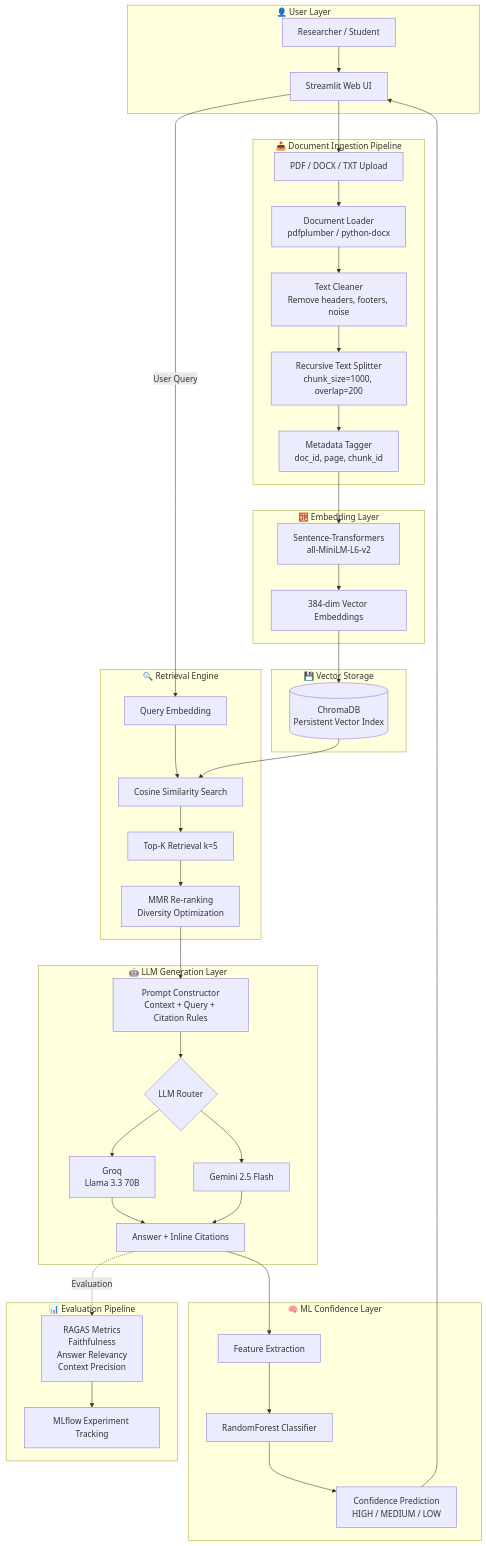
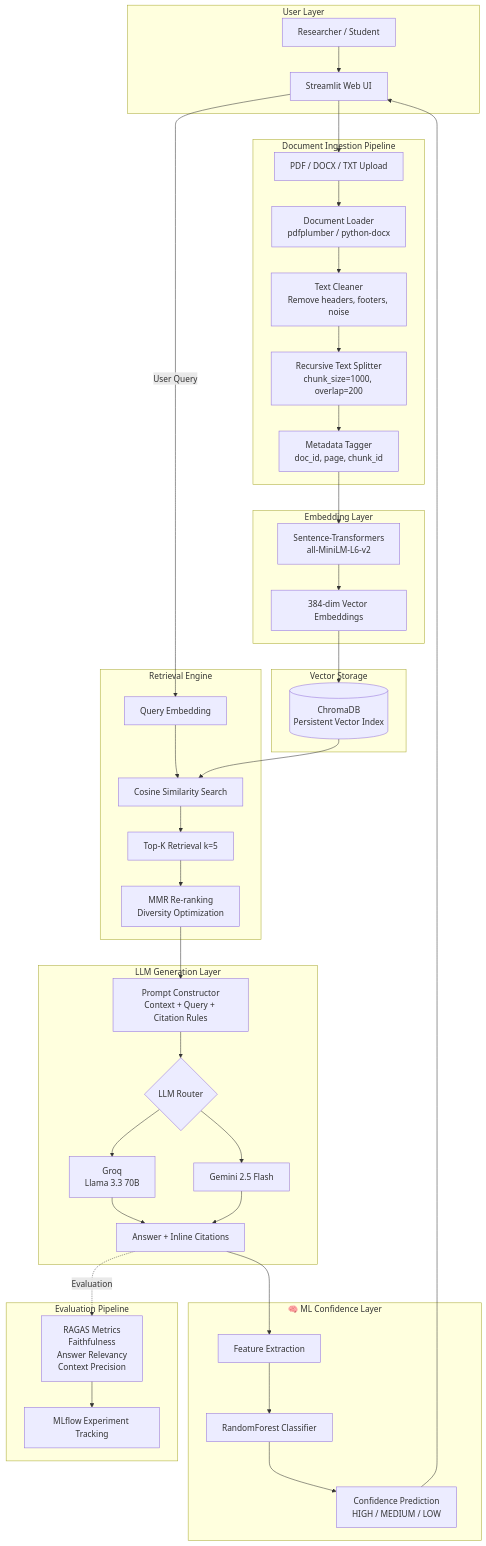
One commit to ns-niam/CiteMind.ai changed the first of 3 diagrams in README.md. Above: the diagram before and after it, drawn with Mermaid. The commit also changed other lines of this file, not shown here.

````diff
--- a/README.md
+++ b/README.md
@@ -107,77 +107,77 @@
 ```mermaid
 flowchart TB
 
-    subgraph User["👤 User Layer"]
+    subgraph User[" User Layer"]
         U1[Researcher / Student]
         U2[Streamlit Web UI]
     end
 
-    subgraph Ingestion["📥 Document Ingestion Pipeline"]
+    subgraph Ingestion[" Document Ingestion Pipeline"]
         D1[PDF / DOCX / TXT Upload]
         D2[Document Loader<br/>pdfplumber / python-docx]
         D3[Text Cleaner<br/>Remove headers, footers, noise]
         D4[Recursive Text Splitter<br/>chunk_size=1000, overlap=200]
         D5[Metadata Tagger<br/>doc_id, page, chunk_id]
     end
 
-    subgraph Embedding["🧮 Embedding Layer"]
+    subgraph Embedding[" Embedding Layer"]
         E1[Sentence-Transformers<br/>all-MiniLM-L6-v2]
         E2[384-dim Vector Embeddings]
     end
 
-    subgraph Storage["💾 Vector Storage"]
+    subgraph Storage[" Vector Storage"]
         V1[(ChromaDB<br/>Persistent Vector Index)]
     end
 
-    subgraph Retrieval["🔍 Retrieval Engine"]
+    subgraph Retrieval[" Retrieval Engine"]
         R1[Query Embedding]
         R2[Cosine Similarity Search]
         R3[Top-K Retrieval k=5]
         R4[MMR Re-ranking<br/>Diversity Optimization]
     end
 
-    subgraph Generation["🤖 LLM Generation Layer"]
+    subgraph Generation[" LLM Generation Layer"]
         G1[Prompt Constructor<br/>Context + Query + Citation Rules]
         G2{LLM Router}
         G3[Groq<br/>Llama 3.3 70B]
         G4[Gemini 2.5 Flash]
         G5[Answer + Inline Citations]
     end
 
     subgraph ML["🧠 ML Confidence Layer"]
         M1[Feature Extraction]
         M2[RandomForest Classifier]
         M3[Confidence Prediction<br/>HIGH / MEDIUM / LOW]
     end
 
-    subgraph Eval["📊 Evaluation Pipeline"]
+    subgraph Eval[" Evaluation Pipeline"]
         EV1[RAGAS Metrics<br/>Faithfulness<br/>Answer Relevancy<br/>Context Precision]
         EV2[MLflow Experiment Tracking]
     end
 
     U1 --> U2
     U2 --> D1
 
     D1 --> D2 --> D3 --> D4 --> D5
     D5 --> E1 --> E2
     E2 --> V1
 
     U2 -- User Query --> R1
     R1 --> R2
     V1 --> R2
 
     R2 --> R3 --> R4
     R4 --> G1 --> G2
 
     G2 --> G3
     G2 --> G4
 
     G3 --> G5
     G4 --> G5
 
     G5 --> M1 --> M2 --> M3
     M3 --> U2
 
     G5 -. Evaluation .-> EV1
     EV1 --> EV2
 ```
````
